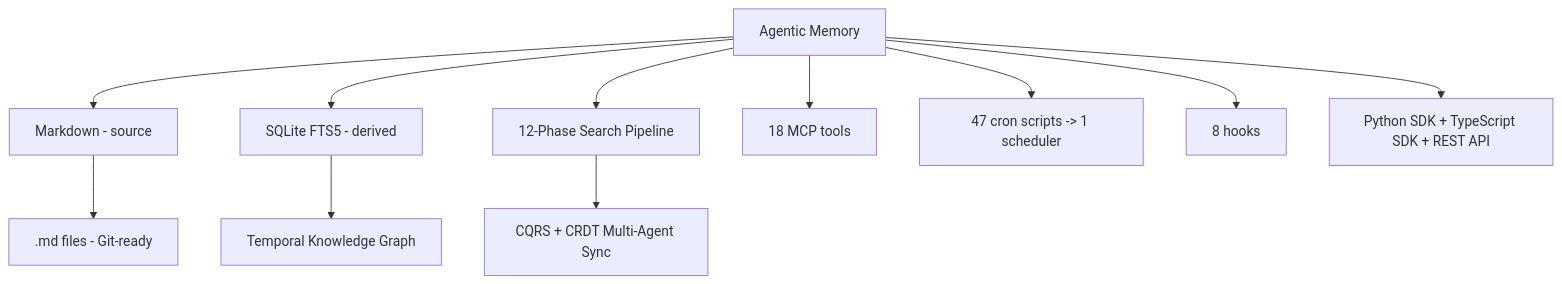
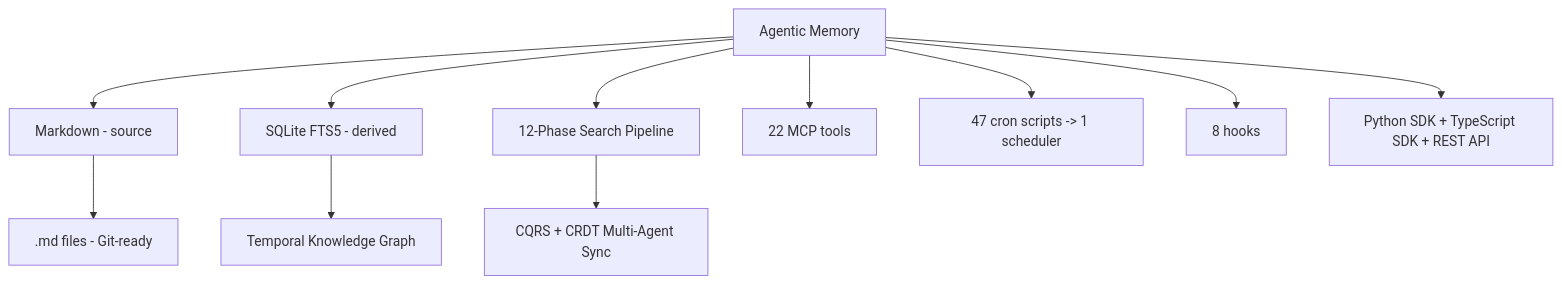
One commit to ArkaAiAdmin/Agentic-Memory changed the diagram in README.md. Above: the diagram before and after it, drawn with Mermaid. The commit also changed other lines of this file and 11 other files, not shown here.

````diff
--- a/README.md
+++ b/README.md
@@ -23,13 +23,13 @@
 ```mermaid
 graph TD
     A[Agentic Memory] --> B[Markdown - source]
     A --> C[SQLite FTS5 - derived]
     A --> D[12-Phase Search Pipeline]
     B --> E[.md files - Git-ready]
     C --> F[Temporal Knowledge Graph]
     D --> G[CQRS + CRDT Multi-Agent Sync]
-    A --> H[18 MCP tools]
+    A --> H[22 MCP tools]
     A --> I[47 cron scripts -> 1 scheduler]
     A --> J[8 hooks]
     A --> K[Python SDK + TypeScript SDK + REST API]
 ```
````
